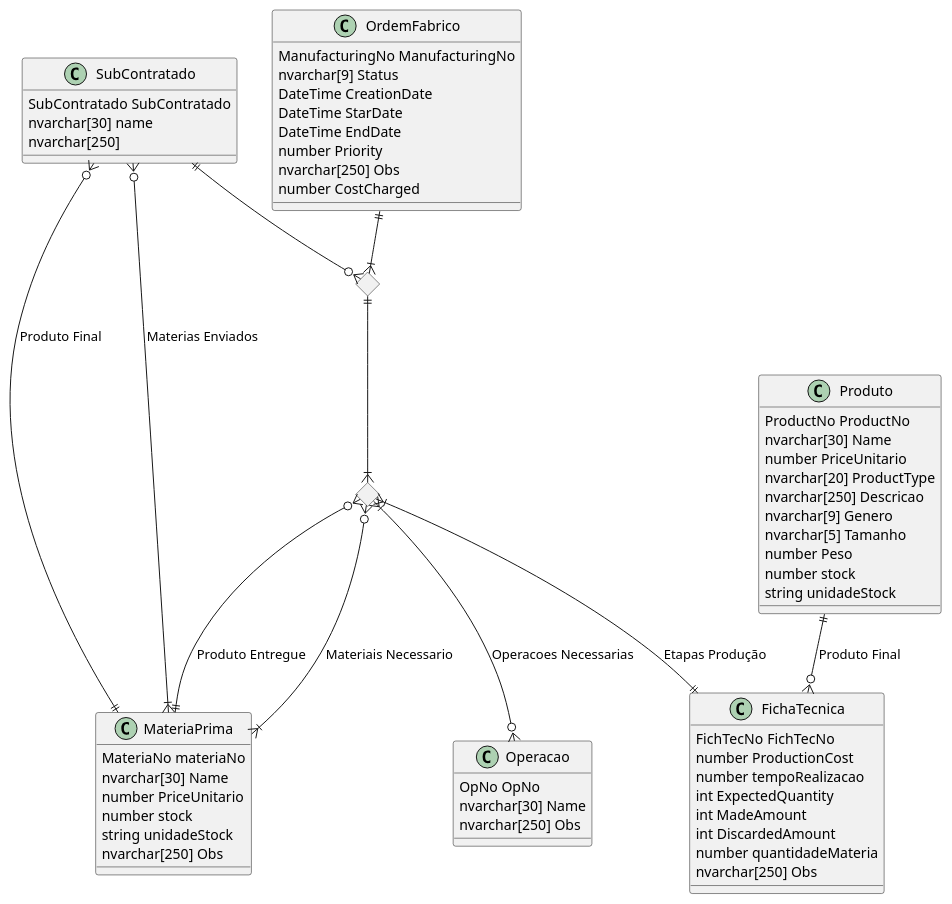
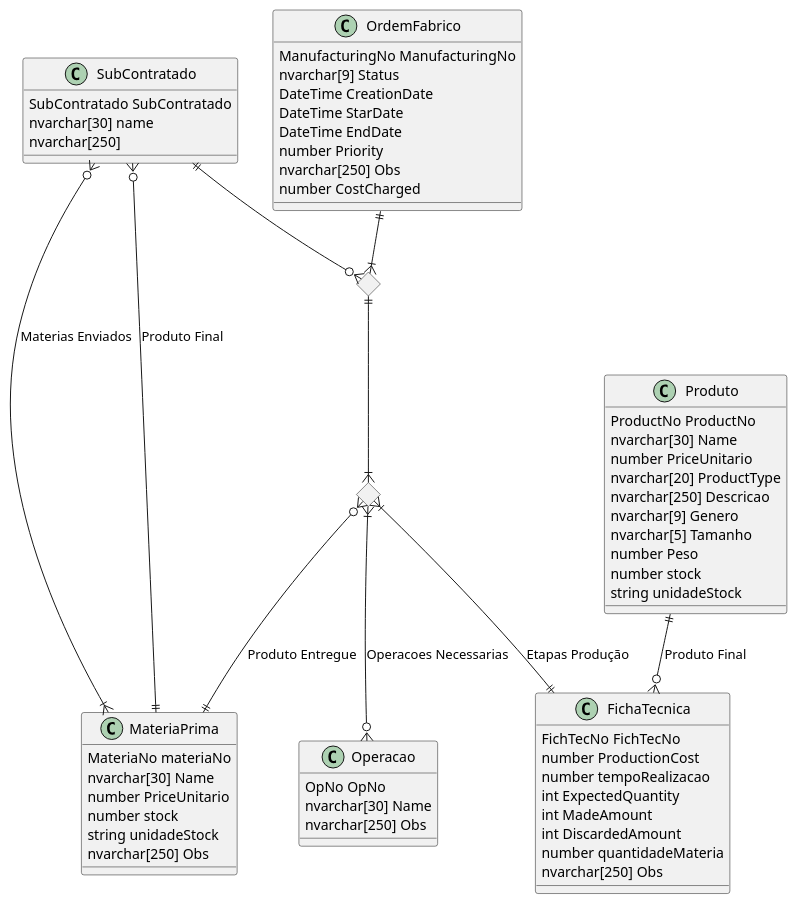
The diagram in Concetual/TabelasAtributos/AtributoNovos.plantuml (Arturito2005/TrabalhoBD), drawn with PlantUML before and after one commit.

```diff
--- a/Concetual/TabelasAtributos/AtributoNovos.plantuml
+++ b/Concetual/TabelasAtributos/AtributoNovos.plantuml
@@ -1,87 +1,86 @@
 @startuml tableBD
 
 
 class OrdemFabrico {
     ManufacturingNo ManufacturingNo
     nvarchar[9] Status 
     DateTime CreationDate
     DateTime StarDate
     DateTime EndDate
     number Priority
     nvarchar[250] Obs
     number CostCharged
 }   
 
 class Produto {
     ProductNo ProductNo
     nvarchar[30] Name 
     number PriceUnitario 
     nvarchar[20] ProductType
     nvarchar[250] Descricao
     nvarchar[9] Genero
     nvarchar[5] Tamanho
     number Peso
     number stock 
     string unidadeStock
 }
 
 class MateriaPrima {
     MateriaNo materiaNo
     nvarchar[30] Name 
     number PriceUnitario
     number stock 
     string unidadeStock
     nvarchar[250] Obs
 }
 
 class FichaTecnica {
     FichTecNo FichTecNo 
     number ProductionCost
     number tempoRealizacao                       
     int ExpectedQuantity
     int MadeAmount
     int DiscardedAmount
     number quantidadeMateria  
     nvarchar[250] Obs
 }
 
 class Operacao {
     OpNo OpNo
     nvarchar[30] Name 
     nvarchar[250] Obs
 }
 
 class SubContratado {
     SubContratado SubContratado
     nvarchar[30] name
     nvarchar[250]
 }
 
 <> EtapaProducao
 
 <> EtapasOrdem
 
 /'
 Relacionamento Etapa Producao
 '/
 EtapaProducao }|--|| FichaTecnica: Etapas Produção
 EtapaProducao }|--o{ Operacao: Operacoes Necessarias
-EtapaProducao }o--|{ MateriaPrima: Materiais Necessario
 EtapaProducao }o--|| MateriaPrima: Produto Entregue
 
 SubContratado ||--o{ EtapasOrdem
 EtapasOrdem ||--|{ EtapaProducao
 OrdemFabrico ||--|{ EtapasOrdem
 
 /'
 Relacionamentos do Produto
 '/
 Produto ||--o{ FichaTecnica: Produto Final
 
 
 /'
 Relacionamento SubContrato
 '/
 SubContratado }o--|| MateriaPrima: Produto Final
 SubContratado }o--|{ MateriaPrima: Materias Enviados
 @enduml
```
